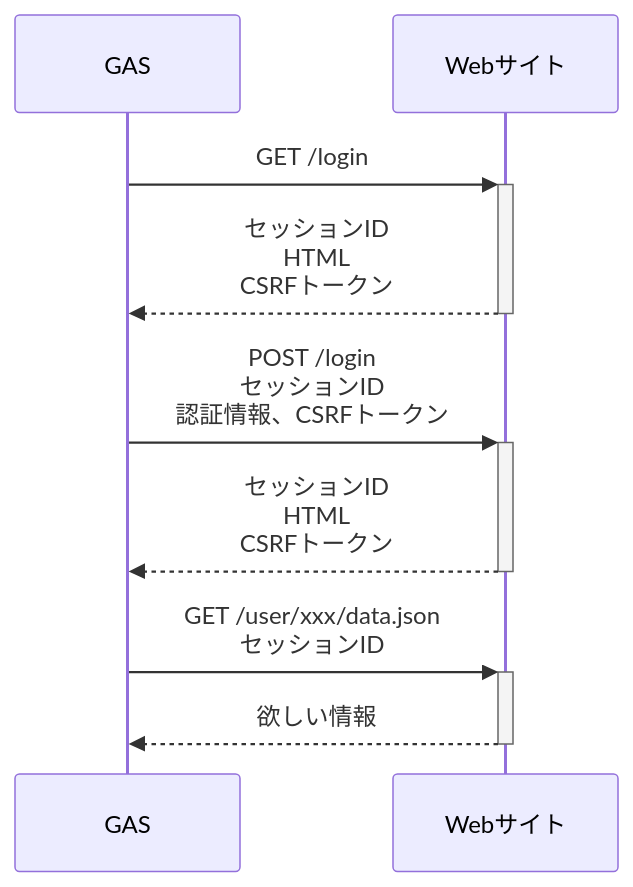
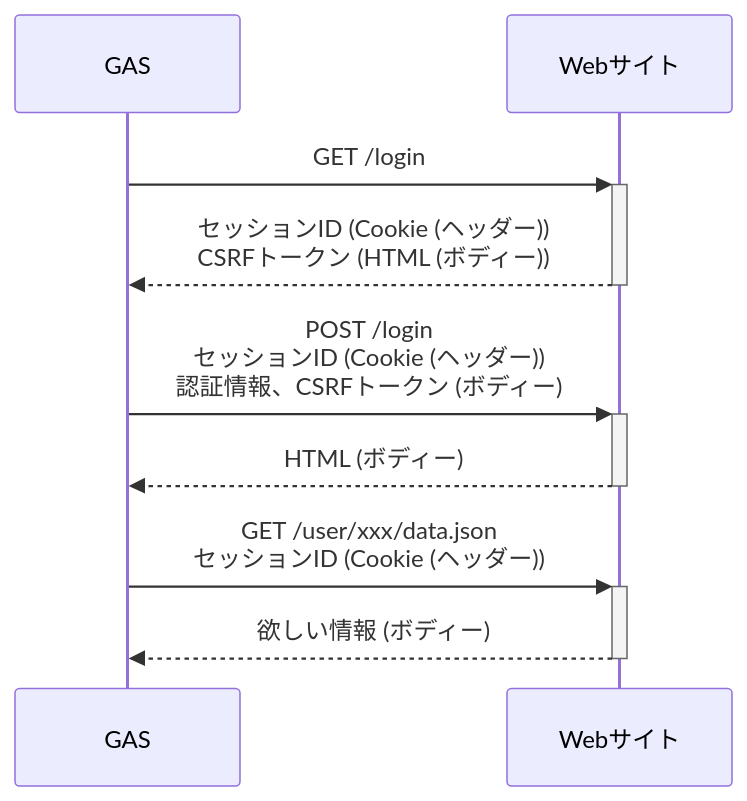
Before and after one commit to horn553/zenn: the diagram in articles/gas-scraping.md, drawn with Mermaid.

Commit message:
推敲

````diff
--- a/articles/gas-scraping.md
+++ b/articles/gas-scraping.md
@@ -96,9 +96,9 @@
 ```mermaid
 sequenceDiagram
     GAS->>+Webサイト: GET /login
-    Webサイト-->>-GAS: セッションID<br>HTML<br>CSRFトークン
-    GAS->>+Webサイト: POST /login<br>セッションID<br>認証情報、CSRFトークン
-    Webサイト-->>-GAS: セッションID<br>HTML<br>CSRFトークン
-    GAS->>+Webサイト: GET /user/xxx/data.json<br>セッションID
-    Webサイト-->>-GAS: 欲しい情報
+    Webサイト-->>-GAS: セッションID (Cookie (ヘッダー))<br>CSRFトークン (HTML (ボディー))
+    GAS->>+Webサイト: POST /login<br>セッションID (Cookie (ヘッダー))<br>認証情報、CSRFトークン (ボディー)
+    Webサイト-->>-GAS: HTML (ボディー)
+    GAS->>+Webサイト: GET /user/xxx/data.json<br>セッションID (Cookie (ヘッダー))
+    Webサイト-->>-GAS: 欲しい情報 (ボディー)
 ```
````
